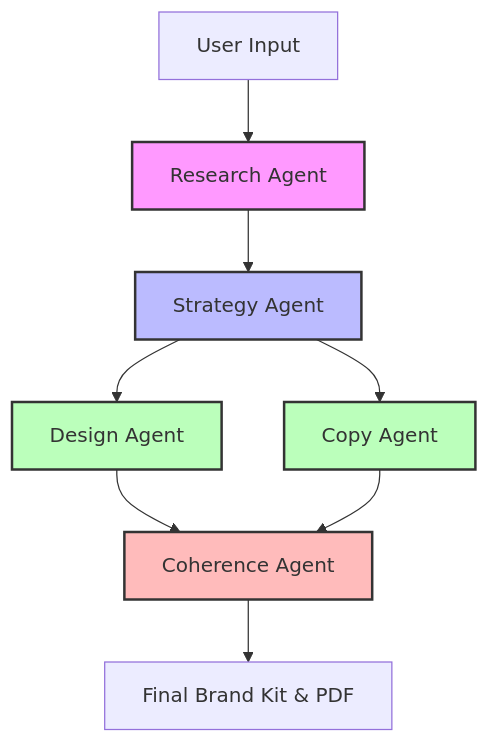
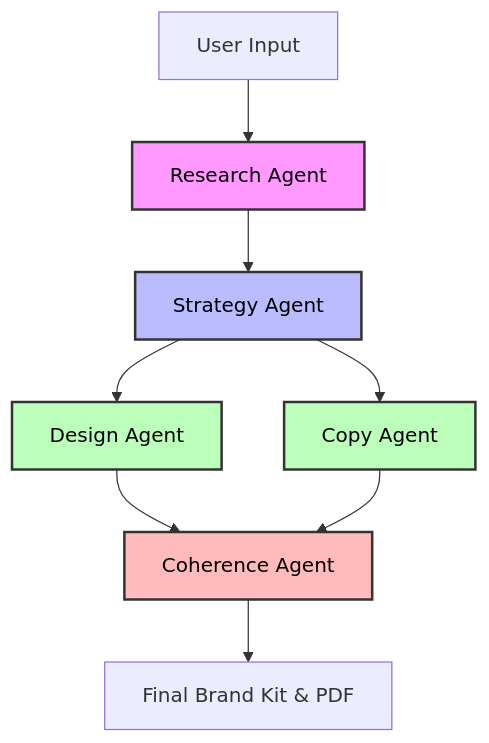
The diagram in README.md (abhinavt1325/Brand-Identity-Generator), drawn with Mermaid before and after one commit.

````diff
--- a/README.md
+++ b/README.md
@@ -52,16 +52,16 @@
 ```mermaid
 graph TD
     A[User Input] --> B[Research Agent]
     B --> C[Strategy Agent]
     C --> D[Design Agent]
     C --> E[Copy Agent]
     D --> F[Coherence Agent]
     E --> F[Coherence Agent]
     F --> G[Final Brand Kit & PDF]
     
-    style B fill:#f9f,stroke:#333,stroke-width:2px
-    style C fill:#bbf,stroke:#333,stroke-width:2px
-    style D fill:#bfb,stroke:#333,stroke-width:2px
-    style E fill:#bfb,stroke:#333,stroke-width:2px
-    style F fill:#fbb,stroke:#333,stroke-width:2px
+    style B fill:#f9f,stroke:#333,stroke-width:2px,color:#000
+    style C fill:#bbf,stroke:#333,stroke-width:2px,color:#000
+    style D fill:#bfb,stroke:#333,stroke-width:2px,color:#000
+    style E fill:#bfb,stroke:#333,stroke-width:2px,color:#000
+    style F fill:#fbb,stroke:#333,stroke-width:2px,color:#000
 ```
````
